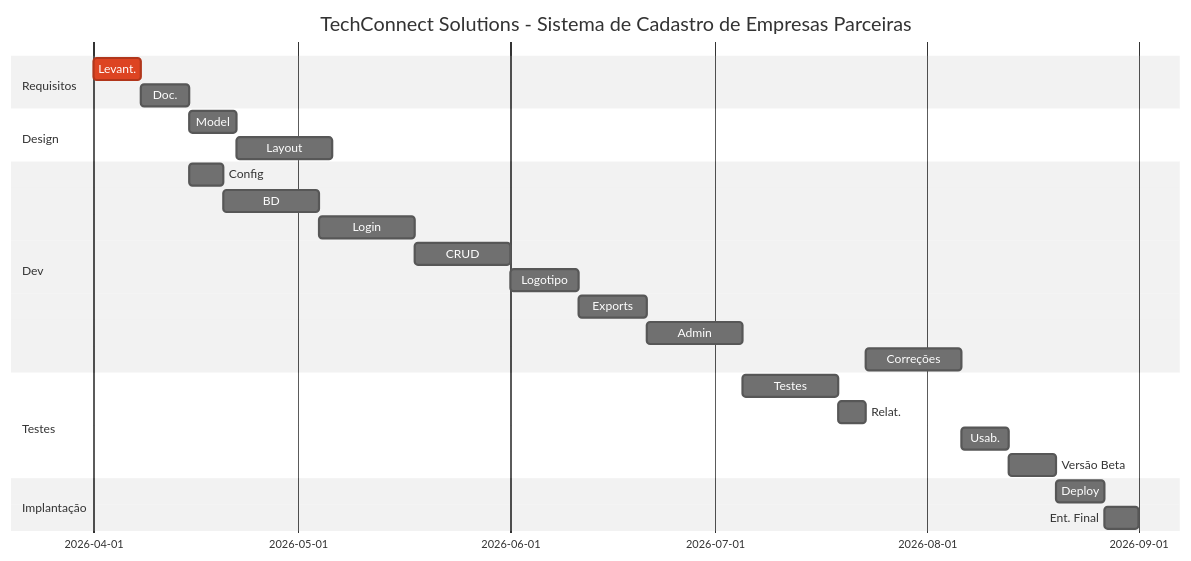
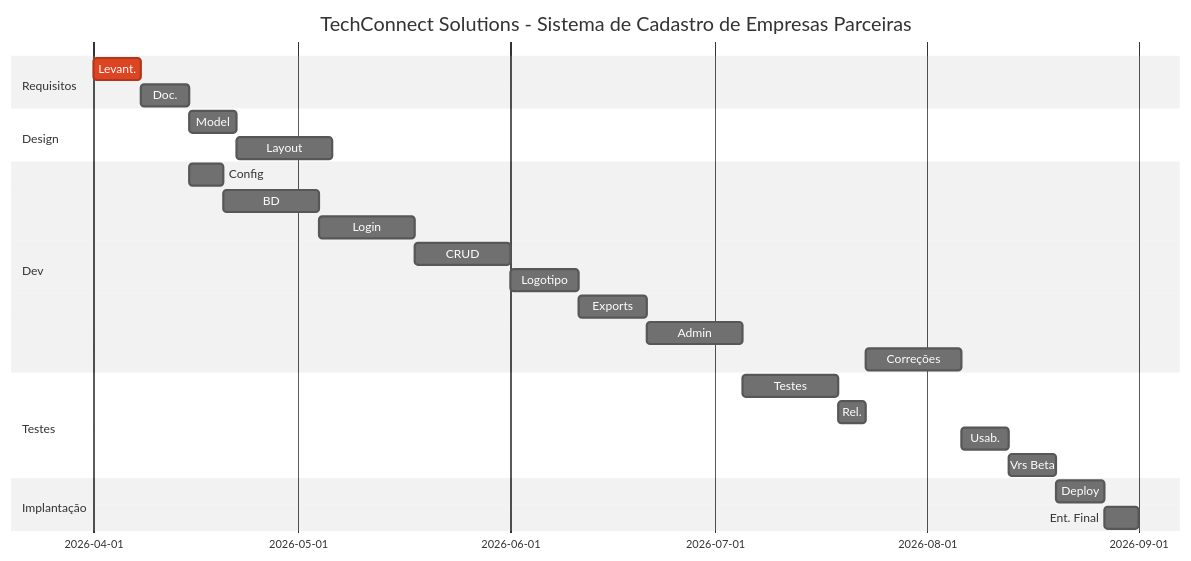
The diagram in ATIVIDADE1.md (MaxPichy/teste_gannt3), drawn with Mermaid (neutral theme) before and after one commit.

````diff
--- a/ATIVIDADE1.md
+++ b/ATIVIDADE1.md
@@ -1,33 +1,33 @@
 ```mermaid
 gantt
     title TechConnect Solutions - Sistema de Cadastro de Empresas Parceiras
     dateFormat YYYY-MM-DD
     
     section Requisitos
     Levant.                    :crit, req, 2026-04-01, 7d
     Doc.                       :doc, after req, 7d
     
     section Design
     Model                      :mod, after doc, 7d
     Layout                     :lay, after mod, 14d
     
     section Dev
     Config                     :cfg, after doc, 5d
     BD                         :bd, after cfg, 14d
     Login                      :lgn, after bd, 14d
     CRUD                       :crd, after lgn, 14d
     Logotipo                   :lgt, after crd, 10d
     Exports                    :exp, after lgt, 10d
     Admin                      :adm, after exp, 14d
     Correções                  :cor, after rel, 14d
     
     section Testes
     Testes                      :tst, after adm, 14d
-    Relat.                      :rel, after tst, 4d
+    Rel.                        :rel, after tst, 4d
     Usab.                       :usb, after cor, 7d
-    Versão Beta                 :beta, after usb, 7d
+    Vrs Beta                    :beta, after usb, 7d
     
     section Implantação
     Deploy                      :deploy, after beta, 7d
     Ent. Final                  :entrega, after deploy, 5d
 ```
````
